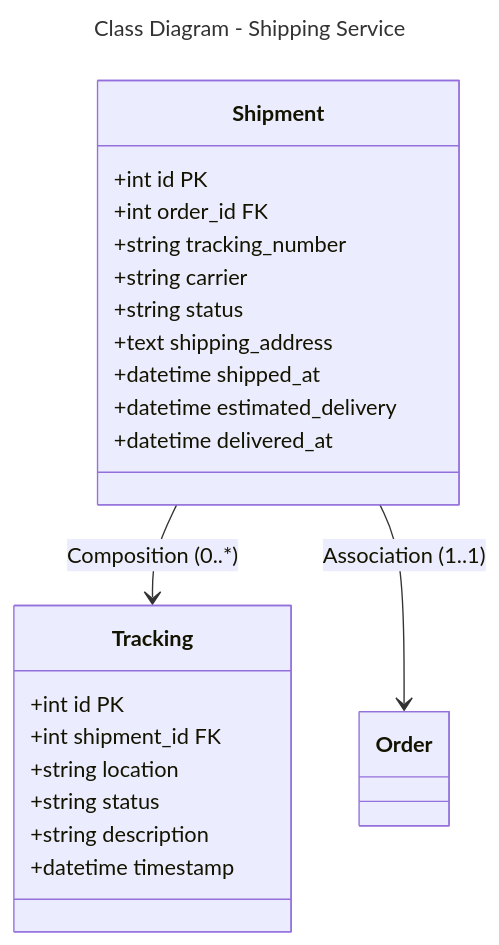
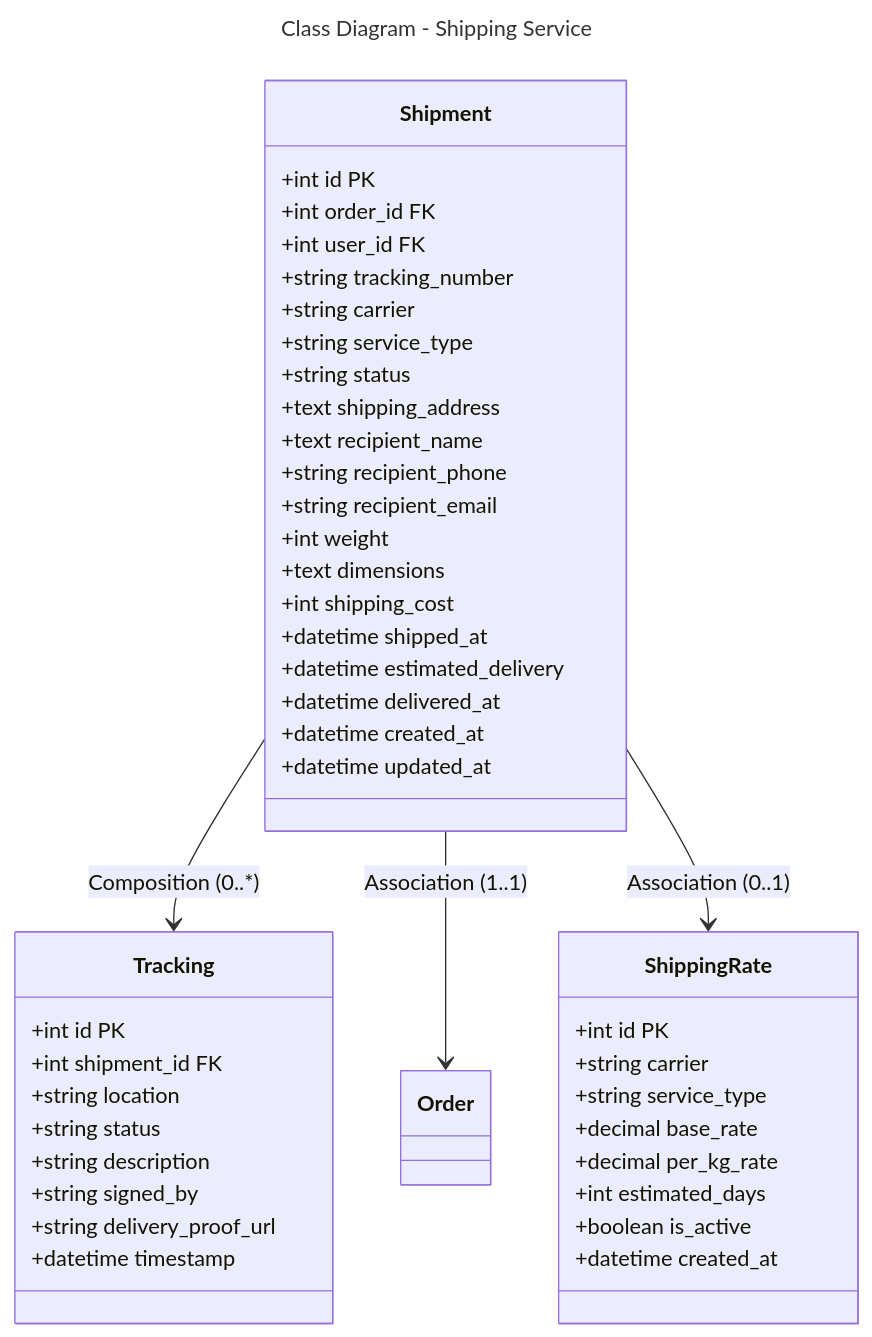
Before and after one commit to Trannaaanhh/ecom: the diagram in docs/diagrams/class/shipping-service.md, drawn with Mermaid. The commit also changed other lines of this file and 10 other files, not shown here.

Commit message:
update diagrams

````diff
--- a/docs/diagrams/class/shipping-service.md
+++ b/docs/diagrams/class/shipping-service.md
@@ -1,29 +1,53 @@
 ```mermaid
 ---
 title: Class Diagram - Shipping Service
 ---
 classDiagram
     class Shipment {
         +int id PK
         +int order_id FK
+        +int user_id FK
         +string tracking_number
         +string carrier
+        +string service_type
         +string status
         +text shipping_address
+        +text recipient_name
+        +string recipient_phone
+        +string recipient_email
+        +int weight
+        +text dimensions
+        +int shipping_cost
         +datetime shipped_at
         +datetime estimated_delivery
         +datetime delivered_at
+        +datetime created_at
+        +datetime updated_at
     }
     
     class Tracking {
         +int id PK
         +int shipment_id FK
         +string location
         +string status
         +string description
+        +string signed_by
+        +string delivery_proof_url
         +datetime timestamp
+    }
+    
+    class ShippingRate {
+        +int id PK
+        +string carrier
+        +string service_type
+        +decimal base_rate
+        +decimal per_kg_rate
+        +int estimated_days
+        +boolean is_active
+        +datetime created_at
     }
     
     Shipment --> Tracking : Composition (0..*)
     Shipment --> Order : Association (1..1)
+    Shipment --> ShippingRate : Association (0..1)
 ```
````
